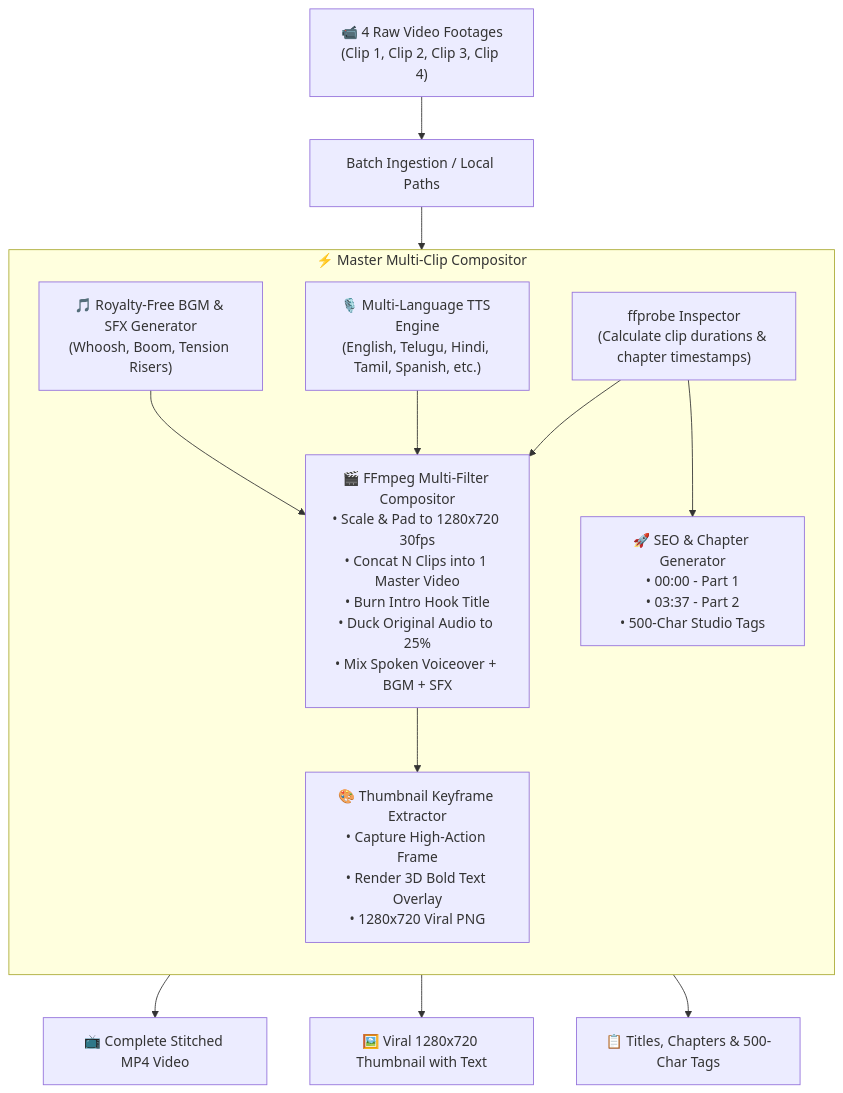
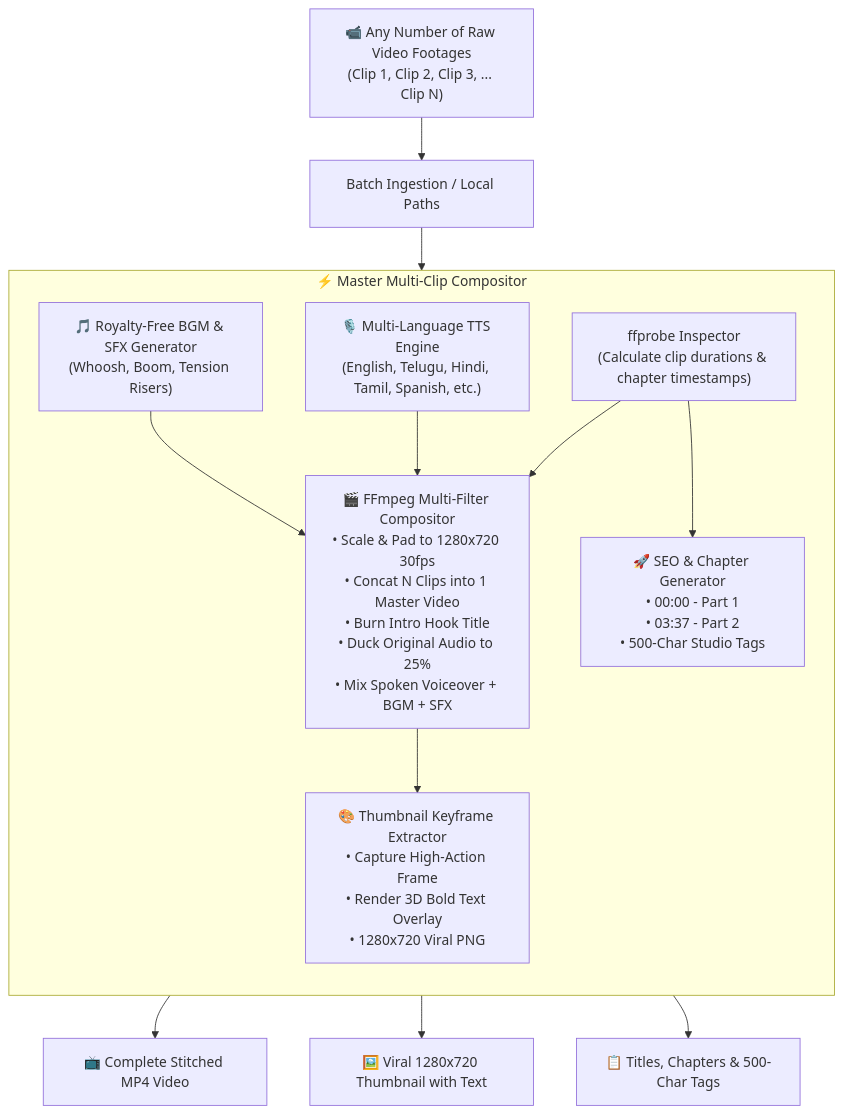
Before and after one commit to harishcpv/Youtubetube-automation: the second of 4 diagrams in README.md, drawn with Mermaid. The commit also changed other lines of this file and 4 other files, not shown here.

Commit message:
feat: support unlimited number of clips with interactive sequence re-ordering

````diff
--- a/README.md
+++ b/README.md
@@ -57,25 +58,25 @@
 ```mermaid
 flowchart TD
-    Clips["📹 4 Raw Video Footages\n(Clip 1, Clip 2, Clip 3, Clip 4)"] --> BatchUpload["Batch Ingestion / Local Paths"]
+    Clips["📹 Any Number of Raw Video Footages\n(Clip 1, Clip 2, Clip 3, ... Clip N)"] --> BatchUpload["Batch Ingestion / Local Paths"]
     
     subgraph Engine["⚡ Master Multi-Clip Compositor"]
         direction TB
         Probe["ffprobe Inspector\n(Calculate clip durations & chapter timestamps)"]
         TTS["🎙️ Multi-Language TTS Engine\n(English, Telugu, Hindi, Tamil, Spanish, etc.)"]
         BGM["🎵 Royalty-Free BGM & SFX Generator\n(Whoosh, Boom, Tension Risers)"]
         Stitcher["🎬 FFmpeg Multi-Filter Compositor\n• Scale & Pad to 1280x720 30fps\n• Concat N Clips into 1 Master Video\n• Burn Intro Hook Title\n• Duck Original Audio to 25%\n• Mix Spoken Voiceover + BGM + SFX"]
         ThumbGen["🎨 Thumbnail Keyframe Extractor\n• Capture High-Action Frame\n• Render 3D Bold Text Overlay\n• 1280x720 Viral PNG"]
         SEO["🚀 SEO & Chapter Generator\n• 00:00 - Part 1\n• 03:37 - Part 2\n• 500-Char Studio Tags"]
     end
 
     BatchUpload --> Probe
     Probe --> Stitcher
     TTS --> Stitcher
     BGM --> Stitcher
     Stitcher --> ThumbGen
     Probe --> SEO
     
     Stitcher --> FinalMP4["📺 Complete Stitched MP4 Video"]
     ThumbGen --> FinalThumb["🖼️ Viral 1280x720 Thumbnail with Text"]
     SEO --> FinalSEO["📋 Titles, Chapters & 500-Char Tags"]
 ```
````
